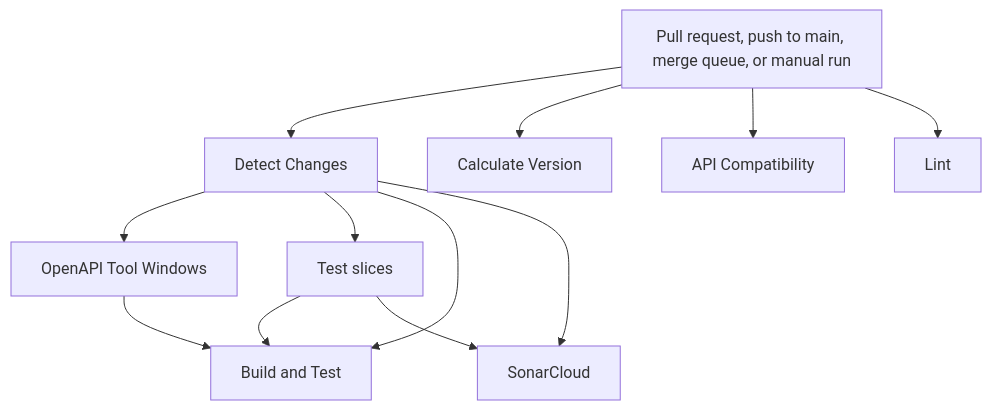
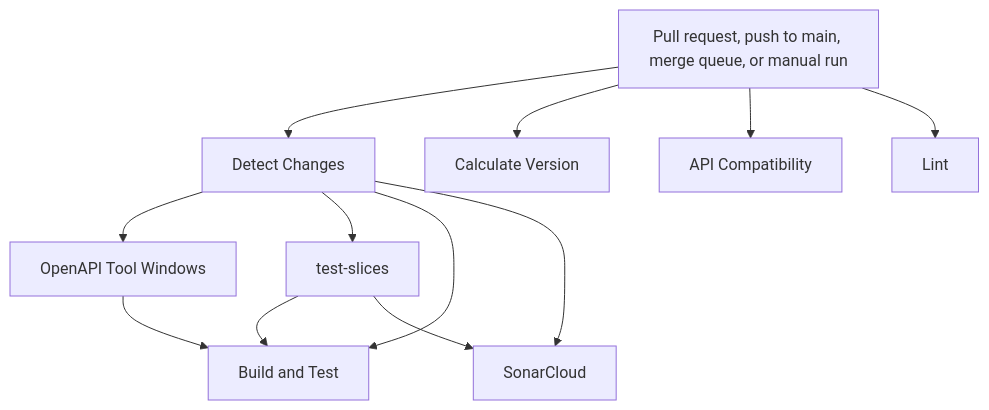
The first of 3 diagrams in docs/architecture/ci-validation-flows.md (danigutsch/ViajantesTurismo), drawn with Mermaid before and after one commit. The commit also changed 5 other files, not shown here.

````diff
--- a/docs/architecture/ci-validation-flows.md
+++ b/docs/architecture/ci-validation-flows.md
@@ -13,23 +13,23 @@
 ```mermaid
 flowchart TB
     trigger[Pull request, push to main, merge queue, or manual run]
     detect_changes[Detect Changes]
     calculate_version[Calculate Version]
     openapi_tool_windows[OpenAPI Tool Windows]
-    test_slices[Test slices]
+    test_slices[test-slices]
     build_and_test[Build and Test]
     api_compatibility[API Compatibility]
     sonarcloud[SonarCloud]
     lint[Lint]
     trigger --> detect_changes
     trigger --> calculate_version
     detect_changes --> openapi_tool_windows
     detect_changes --> test_slices
     detect_changes --> build_and_test
     test_slices --> build_and_test
     openapi_tool_windows --> build_and_test
     trigger --> api_compatibility
     detect_changes --> sonarcloud
     test_slices --> sonarcloud
     trigger --> lint
 ```
````
